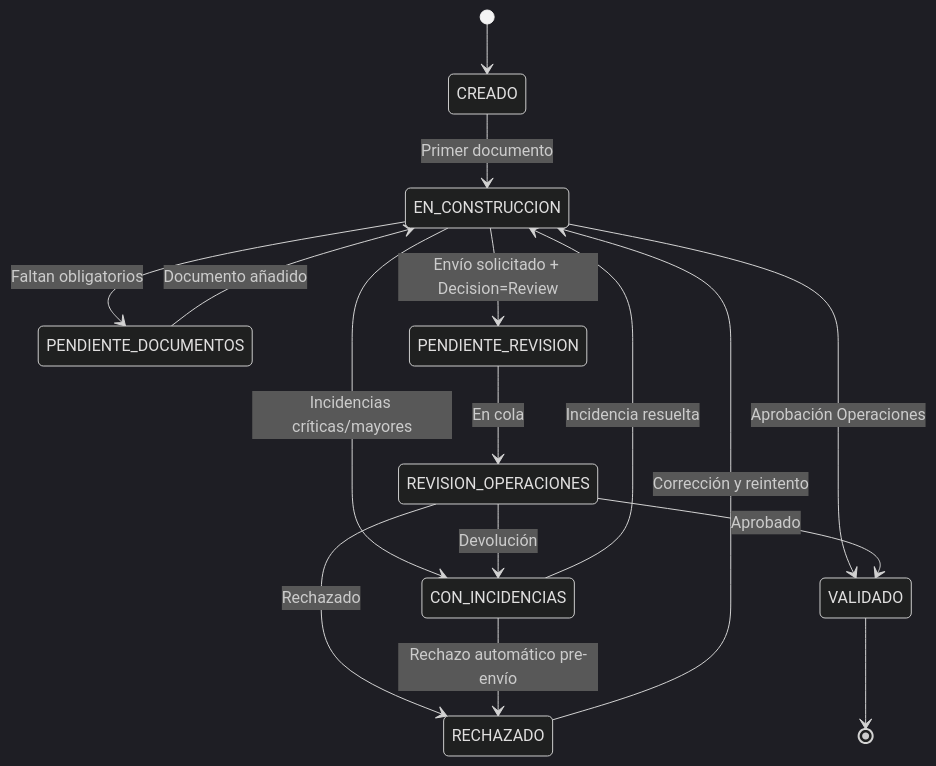
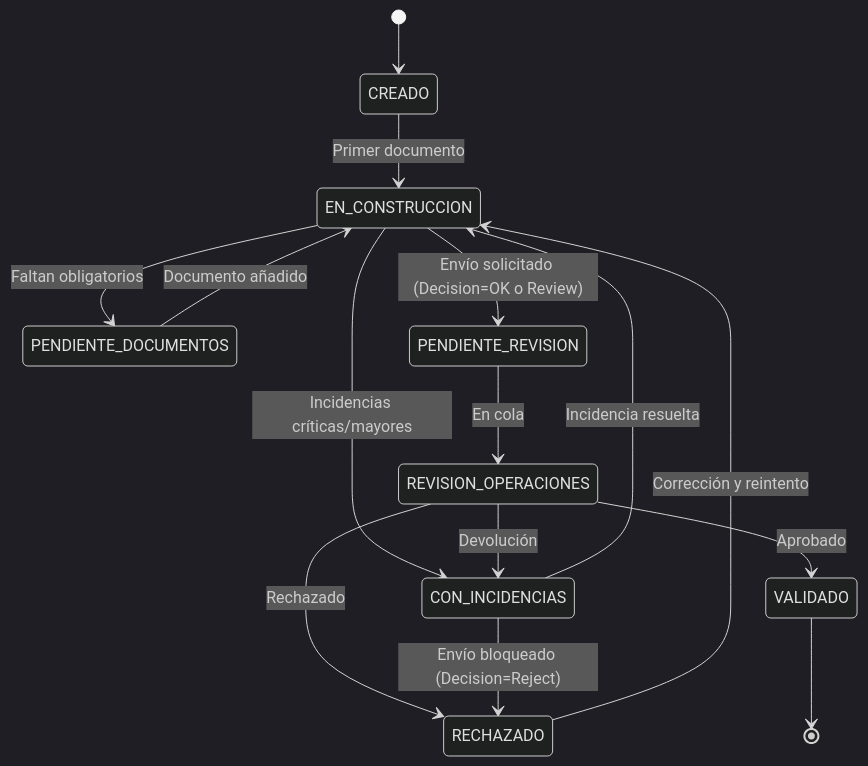
The fifth of 8 diagrams in caedocs/ESPECIFICACION-FUNCIONAL-v3.0.md (angelnietos/erp), drawn with Mermaid (dark theme) before and after one commit. The commit also changed other lines of this file and 8 other files, not shown here.

````diff
--- a/caedocs/ESPECIFICACION-FUNCIONAL-v3.0.md
+++ b/caedocs/ESPECIFICACION-FUNCIONAL-v3.0.md
@@ -644,18 +646,17 @@
 ```mermaid
 stateDiagram-v2
     [*] --> CREADO
     CREADO --> EN_CONSTRUCCION: Primer documento
     EN_CONSTRUCCION --> PENDIENTE_DOCUMENTOS: Faltan obligatorios
     EN_CONSTRUCCION --> CON_INCIDENCIAS: Incidencias críticas/mayores
     PENDIENTE_DOCUMENTOS --> EN_CONSTRUCCION: Documento añadido
     CON_INCIDENCIAS --> EN_CONSTRUCCION: Incidencia resuelta
-    EN_CONSTRUCCION --> PENDIENTE_REVISION: Envío solicitado + Decision=Review
-    EN_CONSTRUCCION --> VALIDADO: Aprobación Operaciones
+    EN_CONSTRUCCION --> PENDIENTE_REVISION: Envío solicitado (Decision=OK o Review)
     PENDIENTE_REVISION --> REVISION_OPERACIONES: En cola
     REVISION_OPERACIONES --> CON_INCIDENCIAS: Devolución
     REVISION_OPERACIONES --> VALIDADO: Aprobado
     REVISION_OPERACIONES --> RECHAZADO: Rechazado
-    CON_INCIDENCIAS --> RECHAZADO: Rechazo automático pre-envío
+    CON_INCIDENCIAS --> RECHAZADO: Envío bloqueado (Decision=Reject)
     VALIDADO --> [*]
     RECHAZADO --> EN_CONSTRUCCION: Corrección y reintento
 ```
````
